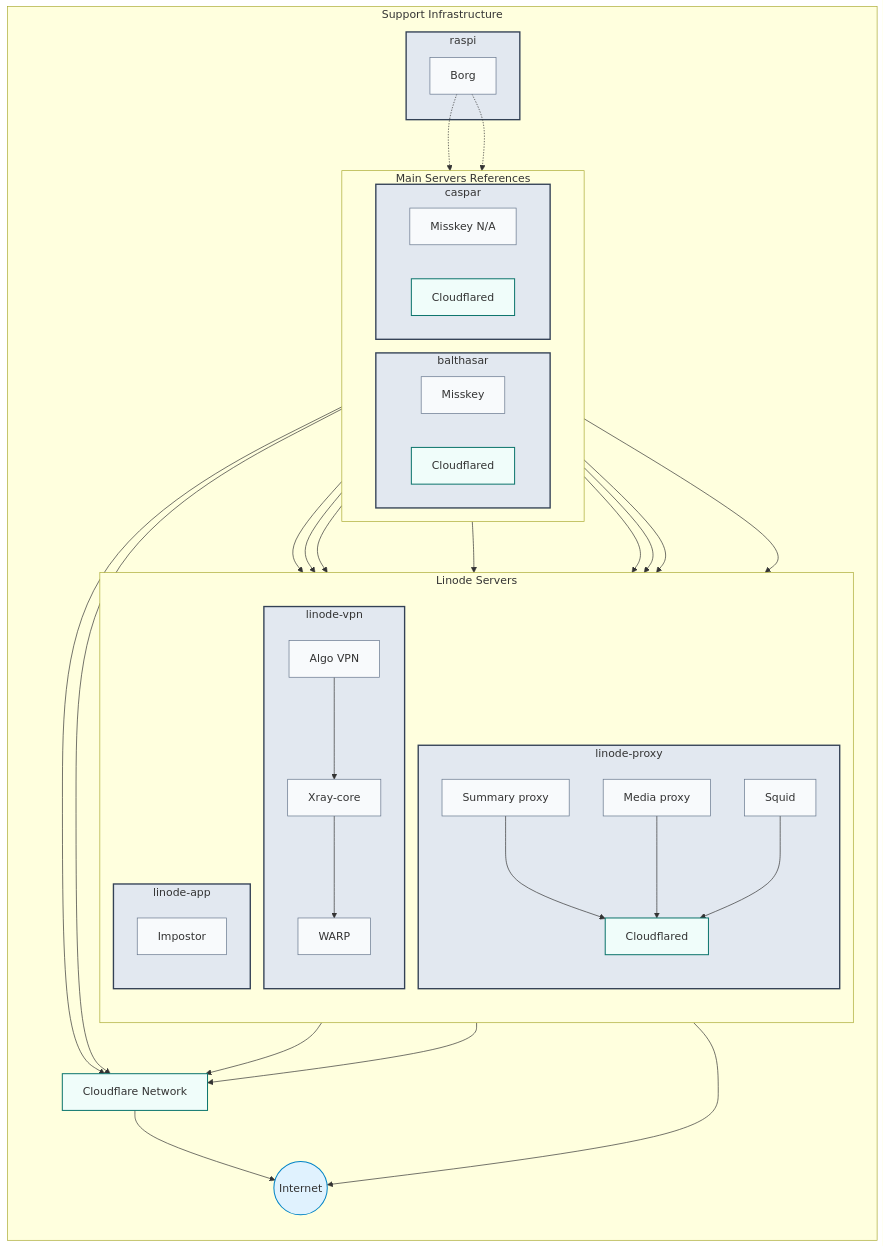
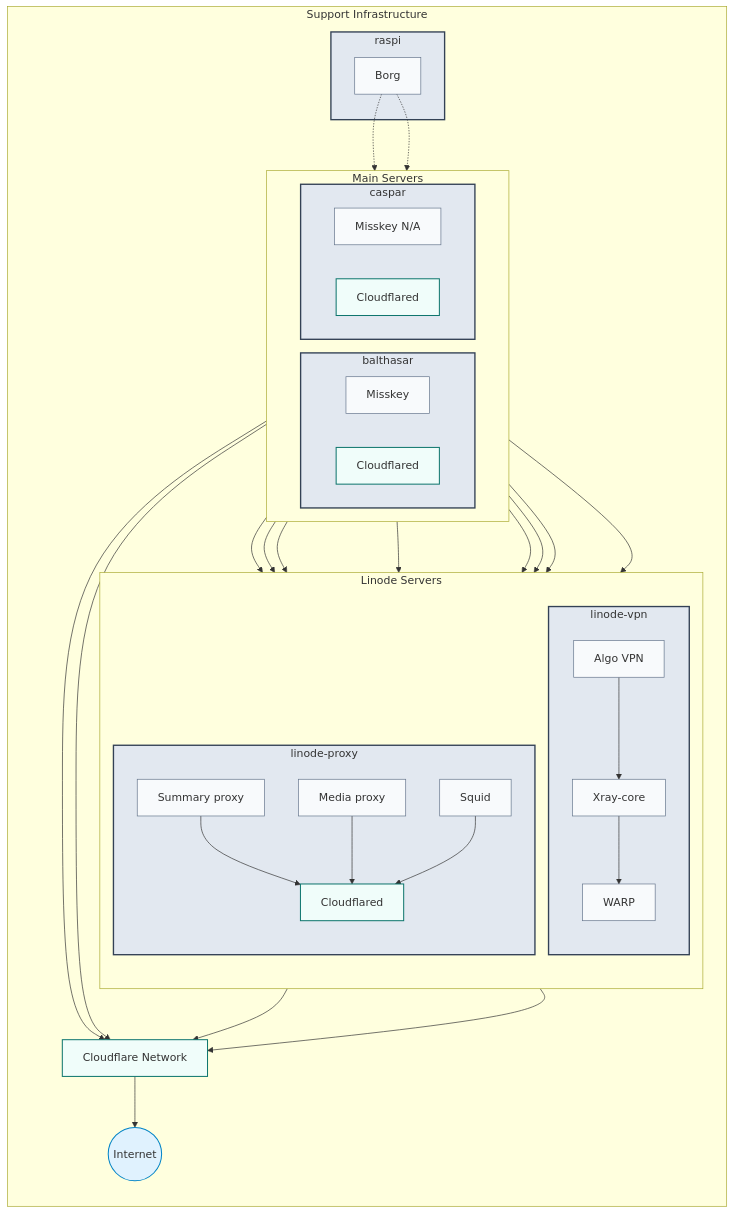
Before and after one commit to yamisskey-dev/hosted-list: the second of 2 diagrams in README.md, drawn with Mermaid. The commit also changed other lines of this file, not shown here.

````diff
--- a/README.md
+++ b/README.md
@@ -117,6 +118,7 @@
 classDef common fill:#fef3c7,stroke:#b45309,stroke-width:1px,font-style:italic
 classDef cloudflare fill:#f0fdfa,stroke:#0f766e,stroke-width:1.5px
 classDef internet fill:#e0f2fe,stroke:#0284c7,stroke-width:1.5px
+
 %% Support Infrastructure with connections to main servers
 subgraph support[Support Infrastructure]
     direction TB
@@ -136,10 +138,6 @@
             squid[Squid]:::security
             cloudflared_proxy[Cloudflared]:::cloudflare
         end
-        
-        subgraph app_server[linode-app]
-            impostor[Impostor]:::service
-        end
     end
     
     %% Borg backup server
@@ -148,7 +146,7 @@
     end
     
     %% Main server references with their social services
-    subgraph main_servers[Main Servers References]
+    subgraph main_servers[Main Servers]
         direction LR
         
         subgraph balthasar[balthasar]
@@ -166,28 +164,33 @@
     cloudflare_network[Cloudflare Network]:::cloudflare
     internet((Internet)):::internet
 end
+
 %% Connections to proxies
 yamisskey --> summaryproxy & mediaproxy
 yamisskey --> squid
 nayamisskey --> summaryproxy & mediaproxy
 nayamisskey --> squid
+
 %% VPN traffic flow
 balthasar & caspar --> algo --> xray --> warp
+
 %% Backup connections
 borgbackup -.-> balthasar
 borgbackup -.-> caspar
+
 %% Cloudflare connections
 cloudflared_b & cloudflared_c --> cloudflare_network
 cloudflared_proxy --> cloudflare_network
 cloudflare_network --> internet
+
 %% Proxy service connections to Cloudflared
 summaryproxy & mediaproxy & squid --> cloudflared_proxy
+
 %% WARP goes through Cloudflare Network
 warp --> cloudflare_network
-%% Direct internet connections (non-Cloudflared)
-impostor --> internet
+
 %% Apply styles
-class balthasar,caspar,vpn,proxy,app_server,raspi homeServer
-class yamisskey,nayamisskey,algo,xray,warp,summaryproxy,mediaproxy,squid,impostor,borgbackup service
+class balthasar,caspar,vpn,proxy,raspi homeServer
+class yamisskey,nayamisskey,algo,xray,warp,summaryproxy,mediaproxy,squid,borgbackup service
 class cloudflared_b,cloudflared_c,cloudflared_proxy,cloudflare_network cloudflare
 ```
````
